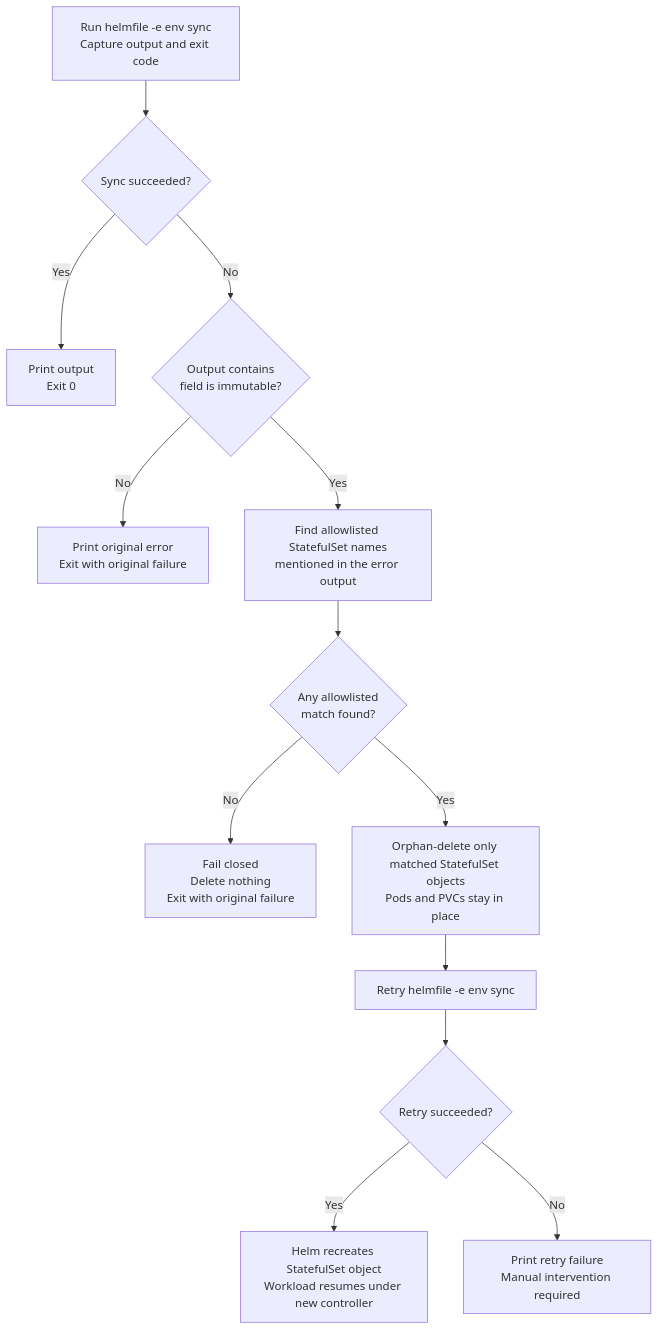
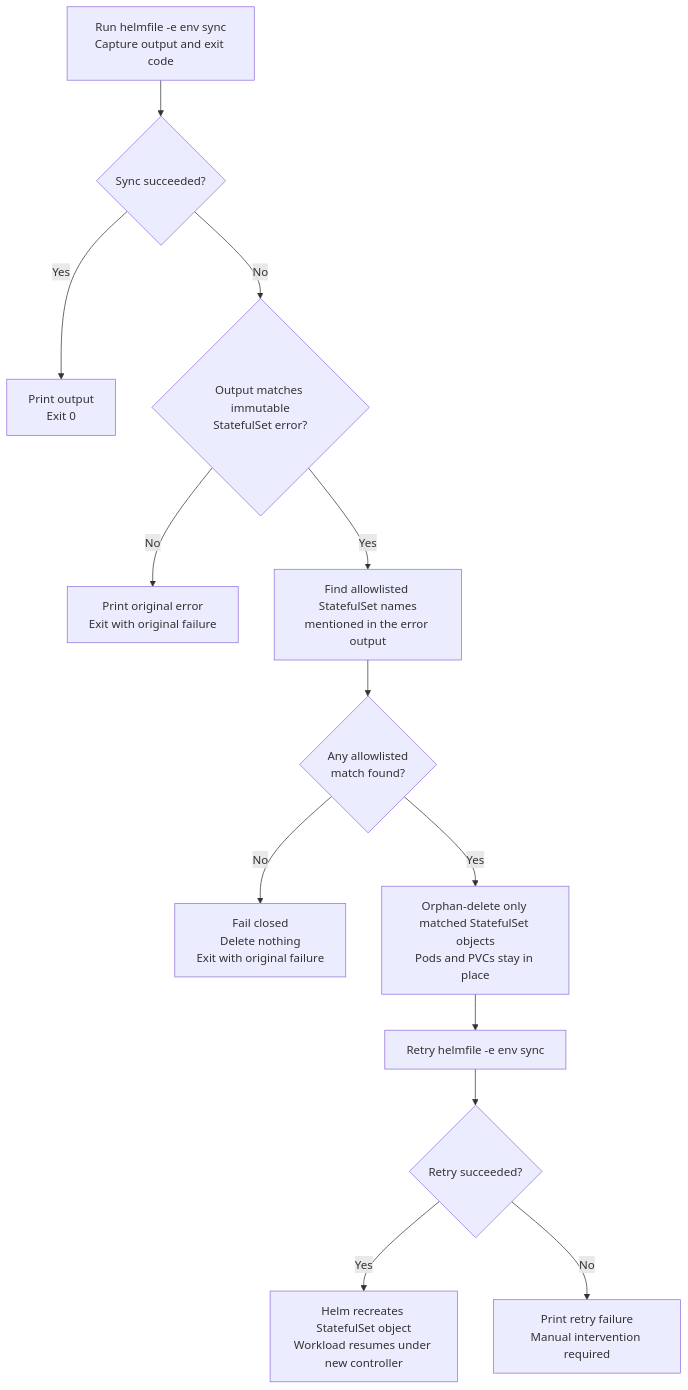
The diagram in docs/helmfile-sync.md (YoonsungNam/gpu-mon), drawn with Mermaid before and after one commit. The commit also changed other lines of this file and 1 other file, not shown here.

Commit message:
fix: detect forbidden StatefulSet spec updates during sync

````diff
--- a/docs/helmfile-sync.md
+++ b/docs/helmfile-sync.md
@@ -40,26 +40,26 @@
 ```mermaid
 flowchart TD
     A[Run helmfile -e env sync
 Capture output and exit code] --> B{Sync succeeded?}
     B -->|Yes| C[Print output
 Exit 0]
-    B -->|No| D{Output contains
-field is immutable?}
+    B -->|No| D{Output matches immutable
+StatefulSet error?}
     D -->|No| E[Print original error
 Exit with original failure]
     D -->|Yes| F[Find allowlisted StatefulSet names
 mentioned in the error output]
     F --> G{Any allowlisted
 match found?}
     G -->|No| H[Fail closed
 Delete nothing
 Exit with original failure]
     G -->|Yes| I[Orphan-delete only matched StatefulSet objects
 Pods and PVCs stay in place]
     I --> J[Retry helmfile -e env sync]
     J --> K{Retry succeeded?}
     K -->|Yes| L[Helm recreates StatefulSet object
 Workload resumes under new controller]
     K -->|No| M[Print retry failure
 Manual intervention required]
 ```
````
